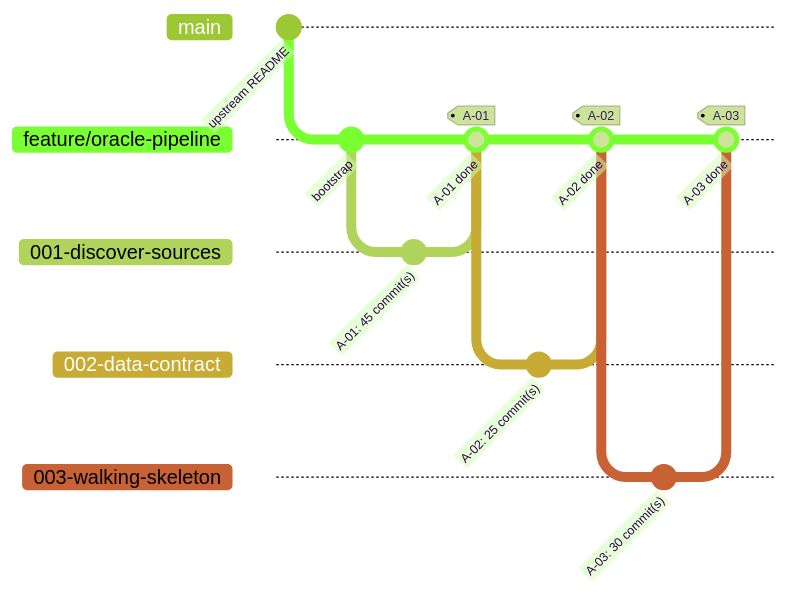
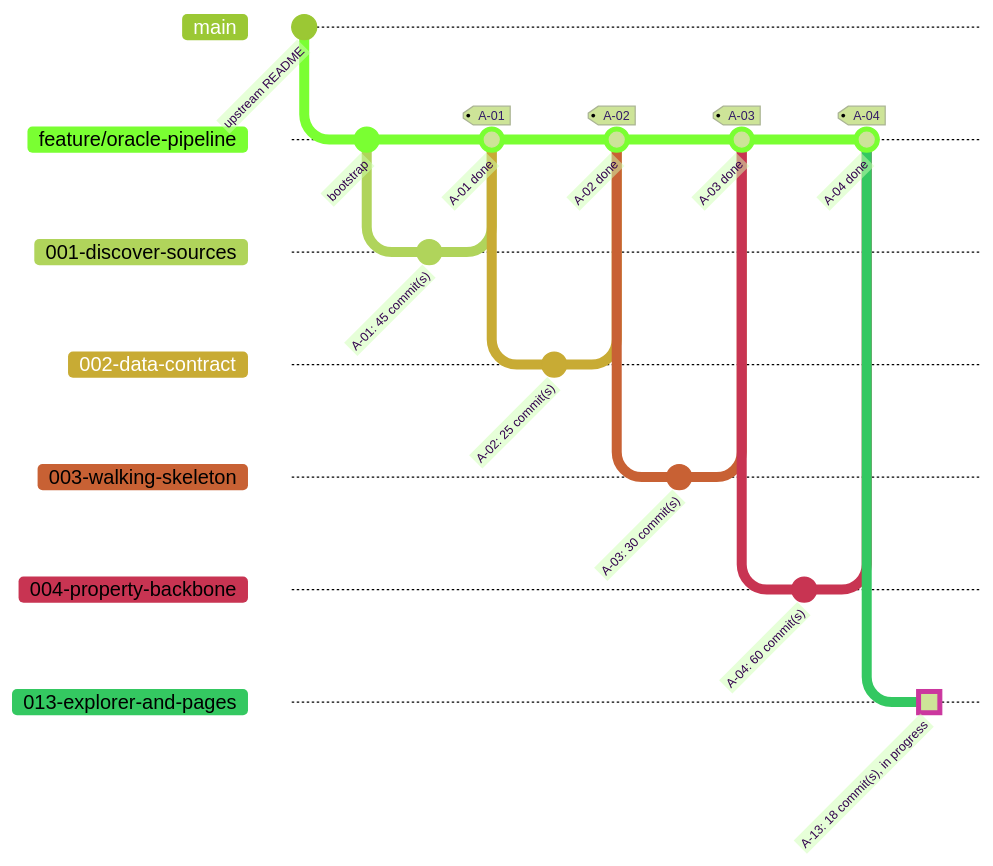
Before and after one commit to HebaGaber/oracle-property-intelligence-platform-pipeline-travis-tx: the second of 2 diagrams in docs/progress.md, drawn with Mermaid (forest theme). The commit also changed other lines of this file and 1 other file, not shown here.

Commit message:
A-04: update progress; merge commit recorded in the evidence

````diff
--- a/docs/progress.md
+++ b/docs/progress.md
@@ -19,19 +19,26 @@
 ```mermaid
 %%{init: { 'gitGraph': { 'mainBranchName': 'main', 'showCommitLabel': true } } }%%
 gitGraph
   commit id: "upstream README"
   branch "feature/oracle-pipeline"
   commit id: "bootstrap"
   branch "001-discover-sources"
   commit id: "A-01: 45 commit(s)"
   checkout "feature/oracle-pipeline"
   merge "001-discover-sources" id: "A-01 done" tag: "A-01"
   branch "002-data-contract"
   commit id: "A-02: 25 commit(s)"
   checkout "feature/oracle-pipeline"
   merge "002-data-contract" id: "A-02 done" tag: "A-02"
   branch "003-walking-skeleton"
   commit id: "A-03: 30 commit(s)"
   checkout "feature/oracle-pipeline"
   merge "003-walking-skeleton" id: "A-03 done" tag: "A-03"
+  branch "004-property-backbone"
+  commit id: "A-04: 60 commit(s)"
+  checkout "feature/oracle-pipeline"
+  merge "004-property-backbone" id: "A-04 done" tag: "A-04"
+  branch "013-explorer-and-pages"
+  commit id: "A-13: 18 commit(s), in progress" type: HIGHLIGHT
+  checkout "feature/oracle-pipeline"
 ```
````
